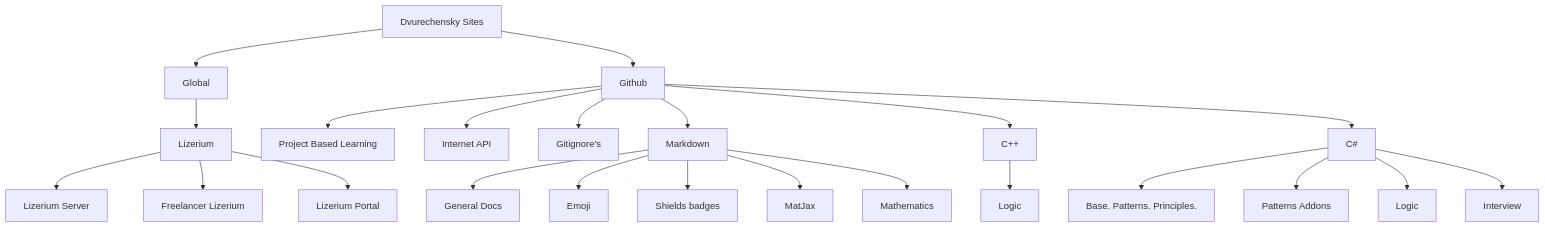
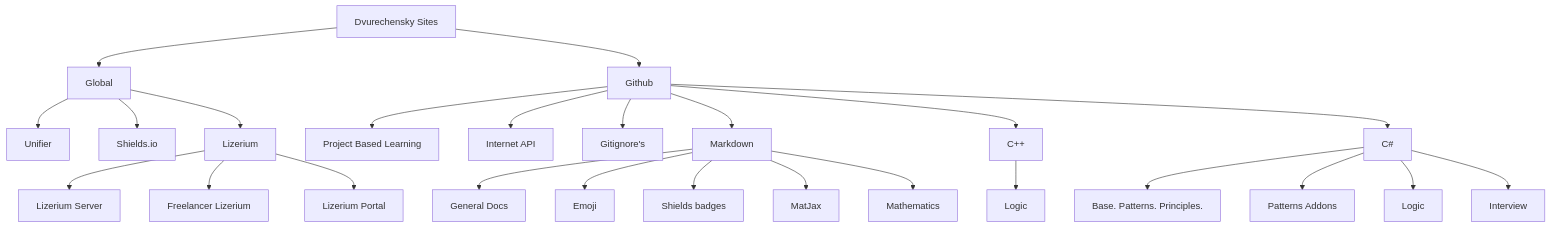
Before and after one commit to Dvurechensky/Dvurechensky: the second of 2 diagrams in README.md, drawn with Mermaid. The commit also changed other lines of this file and 1 other file, not shown here.

````diff
--- a/README.md
+++ b/README.md
@@ -71,25 +71,27 @@
 ```mermaid
 graph TD
   A[Dvurechensky Sites] --> B[Global]
   A[Dvurechensky Sites] --> C[Github]
+  B --> B1[Unifier]
+  B --> B2[Shields.io]
   B --> E[Lizerium]
   E --> E1[Lizerium Server]
   E --> E2[Freelancer Lizerium]
   E --> E3[Lizerium Portal]
   C --> R[Project Based Learning]
   C --> M[Internet API]
   C --> G[Gitignore's]
   C --> H[Markdown]
   C --> W[C++]
   W --> W1[Logic]
   C --> N[C#]
   N --> N1[Base. Patterns. Principles.]
   N --> N2[Patterns Addons]
   N --> N3[Logic]
   N --> N4[Interview]
   H --> K[General Docs]
   H --> L[Emoji]
   H --> Z[Shields badges]
   H --> X[MatJax]
   H --> V[Mathematics]
 ```
````
